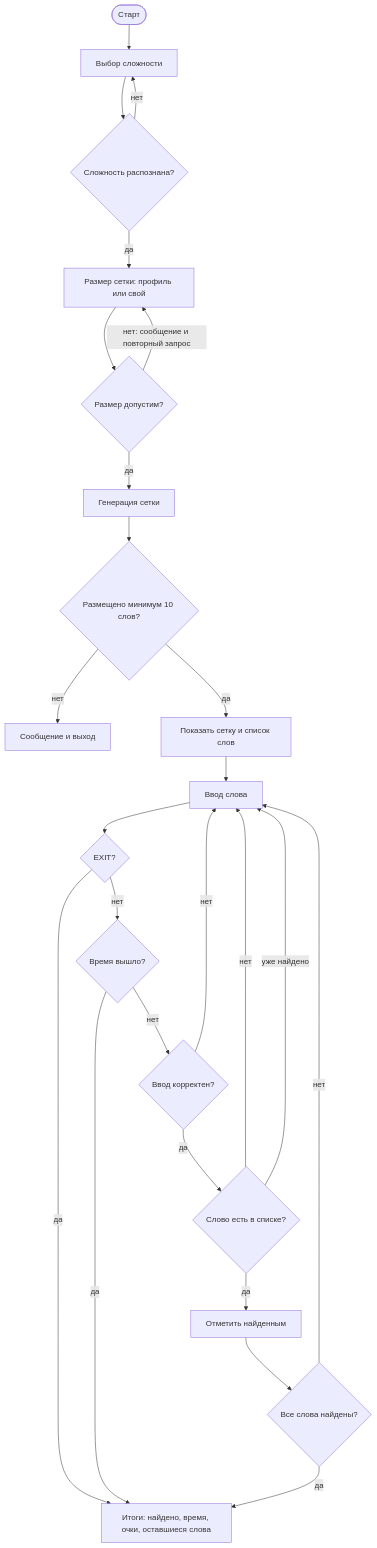
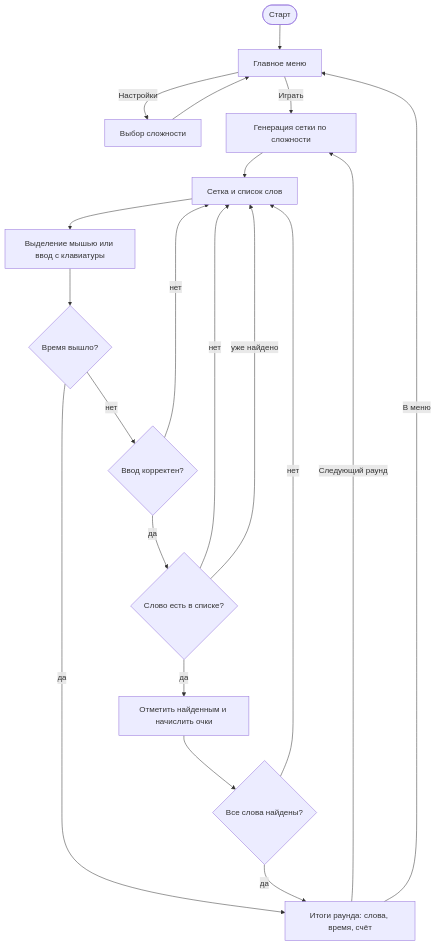
The second of 4 diagrams in zaeso-Words-Roadmap.md (zaeso/zaeso-Words), drawn with Mermaid before and after one commit. The commit also changed other lines of this file, not shown here.

````diff
--- a/zaeso-Words-Roadmap.md
+++ b/zaeso-Words-Roadmap.md
@@ -150,27 +173,22 @@
 ```mermaid
 flowchart TD
-    S(["Старт"]) --> D["Выбор сложности"]
-    D --> DV{"Сложность распознана?"}
-    DV -->|"нет"| D
-    DV -->|"да"| SZ["Размер сетки: профиль или свой"]
-    SZ --> V{"Размер допустим?"}
-    V -->|"нет: сообщение и повторный запрос"| SZ
-    V -->|"да"| GEN["Генерация сетки"]
-    GEN --> MIN{"Размещено минимум 10 слов?"}
-    MIN -->|"нет"| FAIL["Сообщение и выход"]
-    MIN -->|"да"| SHOW["Показать сетку и список слов"]
-    SHOW --> INPUT["Ввод слова"]
-    INPUT --> EXIT{"EXIT?"}
-    EXIT -->|"да"| RESULT
-    EXIT -->|"нет"| TIME{"Время вышло?"}
-    TIME -->|"да"| RESULT
+    S(["Старт"]) --> MENU["Главное меню"]
+    MENU -->|"Настройки"| SET["Выбор сложности"]
+    SET --> MENU
+    MENU -->|"Играть"| GEN["Генерация сетки по сложности"]
+    GEN --> SHOW["Сетка и список слов"]
+    SHOW --> INPUT["Выделение мышью или ввод с клавиатуры"]
+    INPUT --> TIME{"Время вышло?"}
+    TIME -->|"да"| RESULT["Итоги раунда: слова, время, счёт"]
     TIME -->|"нет"| VALID{"Ввод корректен?"}
-    VALID -->|"нет"| INPUT
+    VALID -->|"нет"| SHOW
     VALID -->|"да"| CHECK{"Слово есть в списке?"}
-    CHECK -->|"нет"| INPUT
-    CHECK -->|"уже найдено"| INPUT
-    CHECK -->|"да"| MARK["Отметить найденным"]
+    CHECK -->|"нет"| SHOW
+    CHECK -->|"уже найдено"| SHOW
+    CHECK -->|"да"| MARK["Отметить найденным и начислить очки"]
     MARK --> DONE{"Все слова найдены?"}
-    DONE -->|"нет"| INPUT
-    DONE -->|"да"| RESULT["Итоги: найдено, время, очки, оставшиеся слова"]
+    DONE -->|"нет"| SHOW
+    DONE -->|"да"| RESULT
+    RESULT -->|"Следующий раунд"| GEN
+    RESULT -->|"В меню"| MENU
 ```
````
